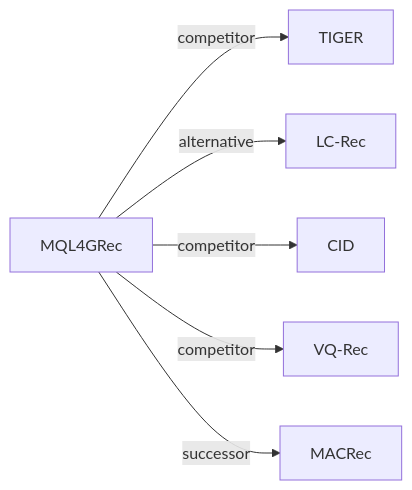
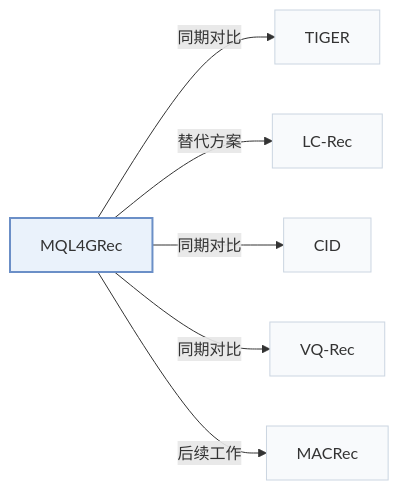
One commit to Galaxy-ghost/Awesome-SID-Generative-Rec changed the third of 3 diagrams in pages/zh/papers/mql4grec.md. Above: the diagram before and after it, drawn with Mermaid. The commit also changed other lines of this file and 649 other files, not shown here.

Commit message:
writer-05: also tags and modality index (schema, check, build, visuals); summary field removed; calibration data for 12 papers

````diff
--- a/pages/zh/papers/mql4grec.md
+++ b/pages/zh/papers/mql4grec.md
@@ -128,9 +137,13 @@
 ```mermaid
 flowchart LR
     P["MQL4GRec"]
-    P -->|competitor| A["TIGER"]
-    P -->|alternative| B["LC-Rec"]
-    P -->|competitor| C["CID"]
-    P -->|competitor| D["VQ-Rec"]
-    P -->|successor| E["MACRec"]
+    P -->|"同期对比"| A["TIGER"]
+    P -->|"替代方案"| B["LC-Rec"]
+    P -->|"同期对比"| C["CID"]
+    P -->|"同期对比"| D["VQ-Rec"]
+    P -->|"后续工作"| E["MACRec"]
+    classDef main fill:#eaf2fb,stroke:#6b8fc7,stroke-width:2px
+    classDef peer fill:#f8fafc,stroke:#cbd5e1
+    class P main
+    class A,B,C,D,E peer
 ```
````
